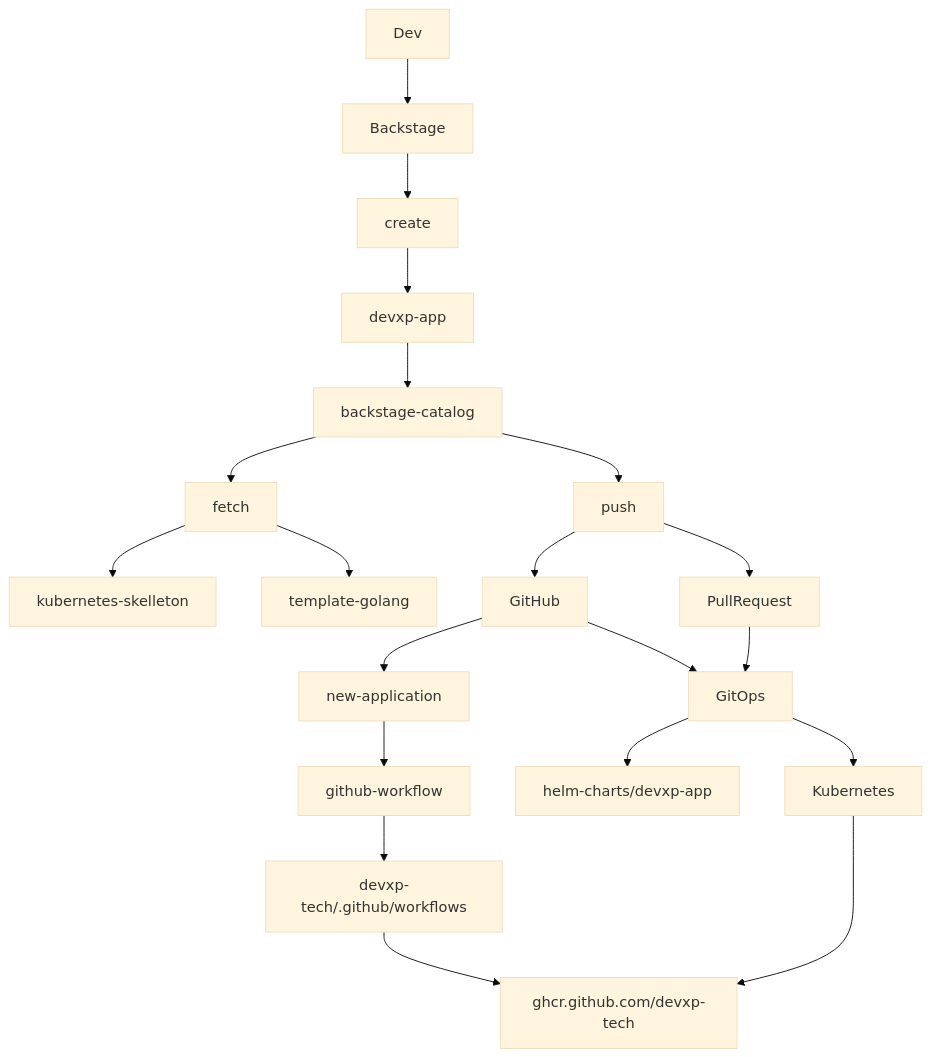
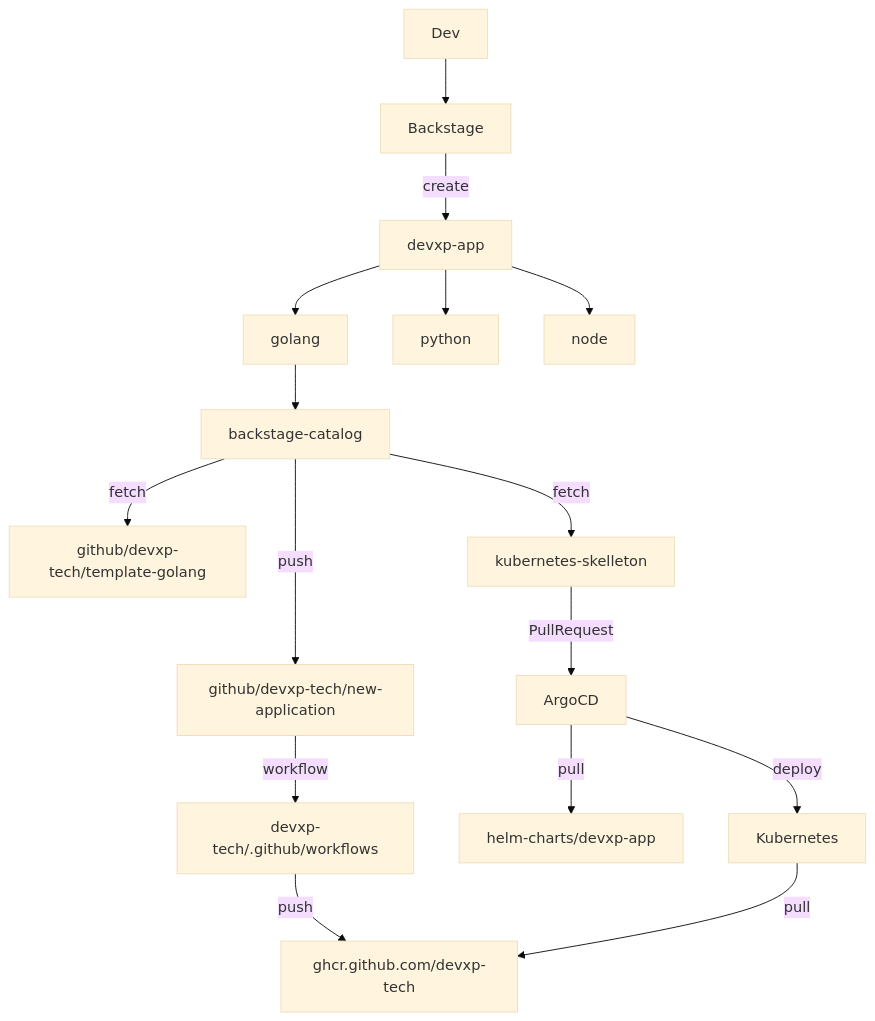
Before and after one commit to devxp-tech/backstage: the diagram in README.md, drawn with Mermaid (base theme). The commit also changed other lines of this file, not shown here.

Commit message:
[ci skip] :up: Add Synk Workflow

````diff
--- a/README.md
+++ b/README.md
@@ -54,19 +54,18 @@
 ```mermaid
 graph TD;
     Dev-->Backstage;
-    Backstage-->create-->devxp-app;
-    devxp-app-->backstage-catalog;
-    backstage-catalog-->fetch;
-    fetch-->kubernetes-skelleton;
-    fetch-->template-golang;
-    backstage-catalog-->push;
-    push-->GitHub-->new-application;
-    push-->PullRequest;
-    GitHub-->GitOps;
-    PullRequest-->GitOps;
-    new-application-->github-workflow-->devxp-tech/.github/workflows;
-    GitOps-->helm-charts/devxp-app;
-    GitOps-->Kubernetes;
-    Kubernetes-->ghcr.github.com/devxp-tech;
-    devxp-tech/.github/workflows-->ghcr.github.com/devxp-tech;
+    Backstage--create-->devxp-app;
+    devxp-app-->golang;
+    devxp-app-->python;
+    devxp-app-->node;
+    golang-->backstage-catalog;
+    backstage-catalog--fetch-->github/devxp-tech/template-golang;
+    backstage-catalog--fetch-->kubernetes-skelleton;
+    backstage-catalog--push-->github/devxp-tech/new-application;
+    kubernetes-skelleton--PullRequest-->ArgoCD;
+    github/devxp-tech/new-application--workflow-->devxp-tech/.github/workflows;
+    ArgoCD--pull-->helm-charts/devxp-app;
+    ArgoCD--deploy-->Kubernetes;
+    devxp-tech/.github/workflows--push-->ghcr.github.com/devxp-tech;
+    Kubernetes--pull-->ghcr.github.com/devxp-tech;
 ```
````
